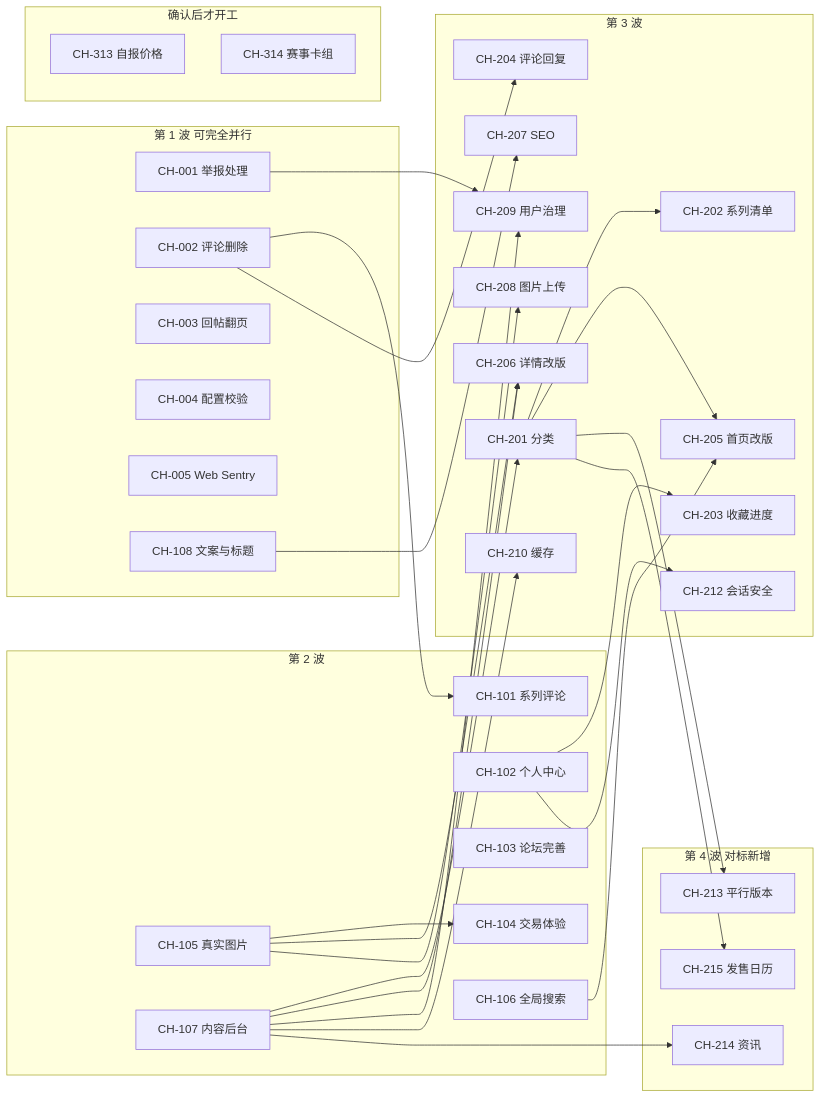
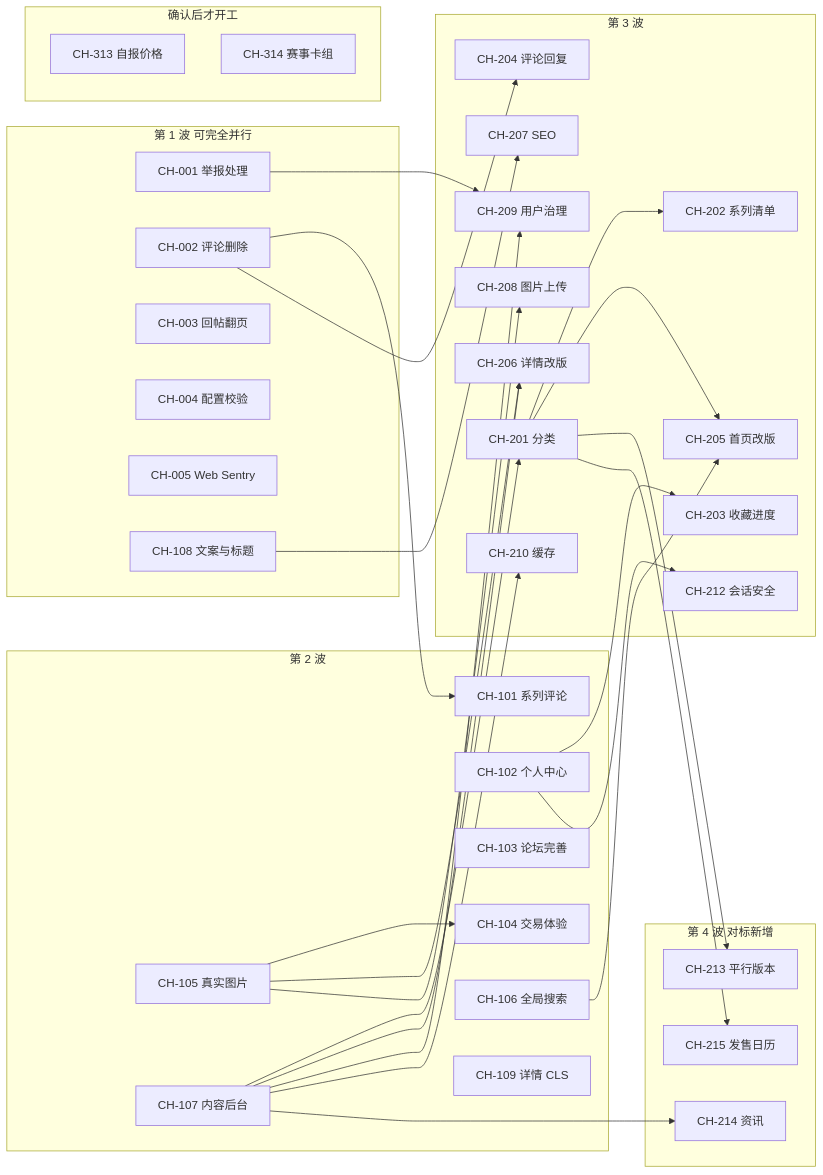
Before and after one commit to xv-jiaqi/multi-apps: the diagram in docs/Cardhub/development-backlog.md, drawn with Mermaid. The commit also changed other lines of this file and 9 other files, not shown here.

````diff
--- a/docs/Cardhub/development-backlog.md
+++ b/docs/Cardhub/development-backlog.md
@@ -95,61 +96,62 @@
 ```mermaid
 flowchart LR
   subgraph W1[第 1 波 可完全并行]
     CH001[CH-001 举报处理]
     CH002[CH-002 评论删除]
     CH003[CH-003 回帖翻页]
     CH004[CH-004 配置校验]
     CH005[CH-005 Web Sentry]
     CH108[CH-108 文案与标题]
   end
   subgraph W2[第 2 波]
     CH101[CH-101 系列评论]
     CH102[CH-102 个人中心]
     CH103[CH-103 论坛完善]
     CH104[CH-104 交易体验]
     CH105[CH-105 真实图片]
     CH106[CH-106 全局搜索]
     CH107[CH-107 内容后台]
+    CH109[CH-109 详情 CLS]
   end
   subgraph W3[第 3 波]
     CH201[CH-201 分类]
     CH202[CH-202 系列清单]
     CH203[CH-203 收藏进度]
     CH204[CH-204 评论回复]
     CH205[CH-205 首页改版]
     CH206[CH-206 详情改版]
     CH207[CH-207 SEO]
     CH208[CH-208 图片上传]
     CH209[CH-209 用户治理]
     CH210[CH-210 缓存]
     CH212[CH-212 会话安全]
   end
   subgraph W4[第 4 波 对标新增]
     CH213[CH-213 平行版本]
     CH214[CH-214 资讯]
     CH215[CH-215 发售日历]
   end
   subgraph W5[确认后才开工]
     CH313[CH-313 自报价格]
     CH314[CH-314 赛事卡组]
   end
   CH002 --> CH101
   CH002 --> CH204
   CH001 --> CH209
   CH107 --> CH201
   CH107 --> CH206
   CH107 --> CH209
   CH107 --> CH210
   CH107 --> CH214
   CH105 --> CH104
   CH105 --> CH206
   CH105 --> CH208
   CH102 --> CH203
   CH102 --> CH212
   CH108 --> CH207
   CH201 --> CH202
   CH201 --> CH205
   CH201 --> CH213
   CH201 --> CH215
   CH106 --> CH205
 ```
````
